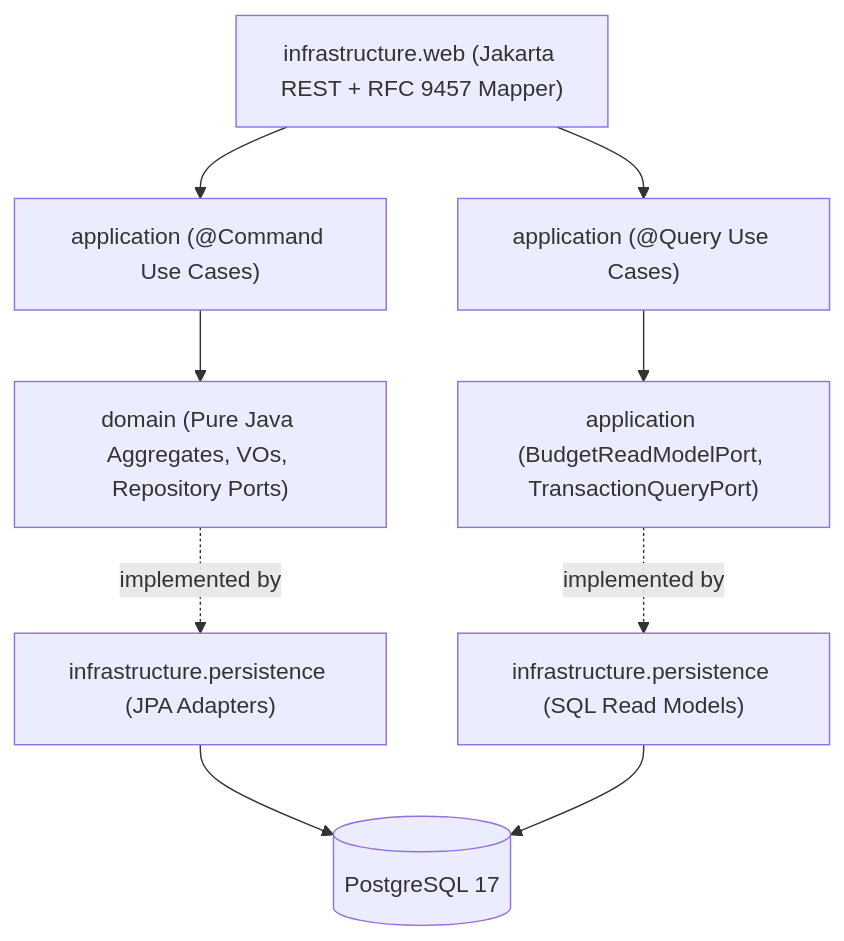
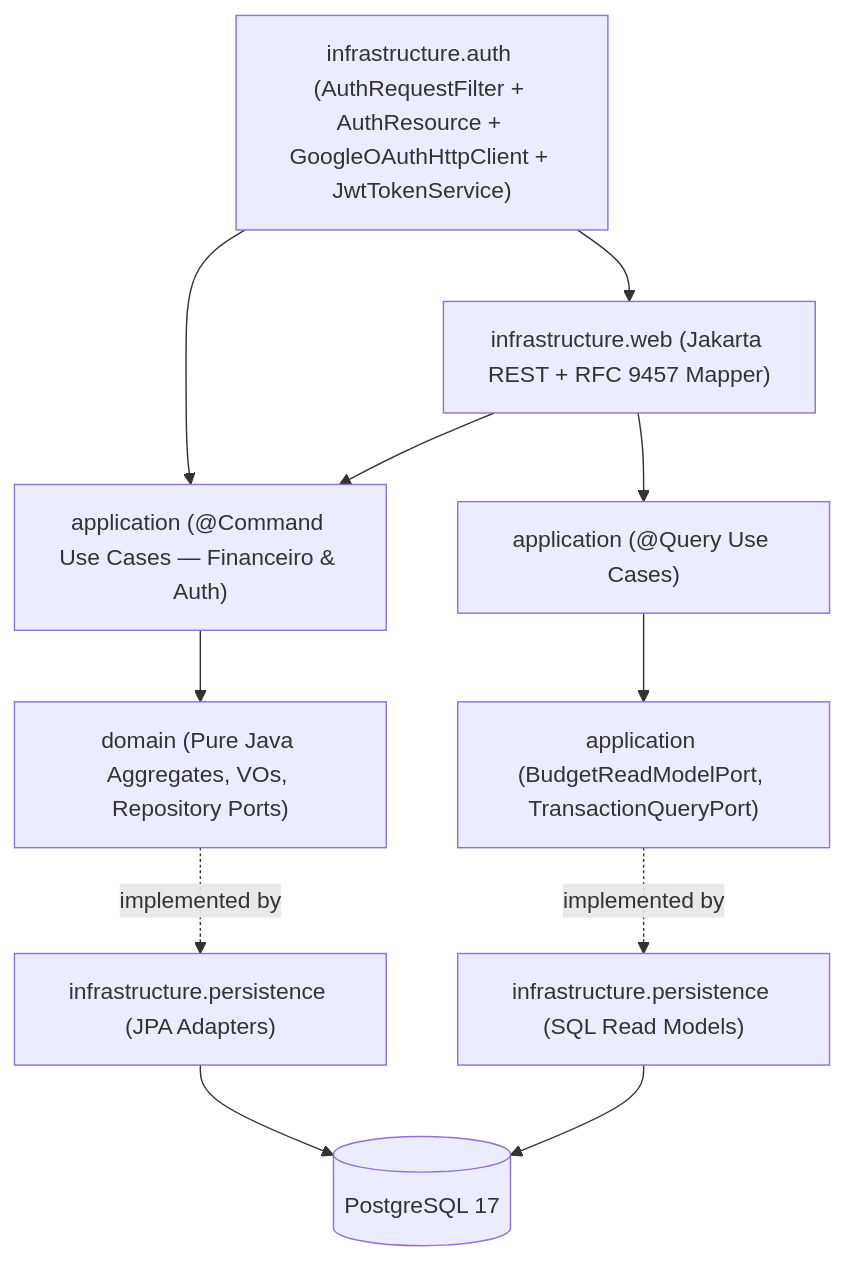
The third of 4 diagrams in docs/arquitetura-c4.md (tiaggofg/lumo-app), drawn with Mermaid before and after one commit. The commit also changed other lines of this file and 92 other files, not shown here.

First line of the commit message:
feat(auth): add Google OAuth 2.0 PKCE auth and sessions

````diff
--- a/docs/arquitetura-c4.md
+++ b/docs/arquitetura-c4.md
@@ -20,11 +21,13 @@
 ```mermaid
 flowchart TD
-  REST["infrastructure.web (Jakarta REST + RFC 9457 Mapper)"] --> CMD["application (@Command Use Cases)"]
+  FILTER["infrastructure.auth (AuthRequestFilter + AuthResource + GoogleOAuthHttpClient + JwtTokenService)"] --> REST["infrastructure.web (Jakarta REST + RFC 9457 Mapper)"]
+  FILTER --> CMD["application (@Command Use Cases — Financeiro & Auth)"]
+  REST --> CMD
   REST --> QRY["application (@Query Use Cases)"]
   CMD --> DOM["domain (Pure Java Aggregates, VOs, Repository Ports)"]
   QRY --> RMP["application (BudgetReadModelPort, TransactionQueryPort)"]
   DOM -.->|implemented by| JPA["infrastructure.persistence (JPA Adapters)"]
   RMP -.->|implemented by| SQL["infrastructure.persistence (SQL Read Models)"]
   JPA --> DB[("PostgreSQL 17")]
   SQL --> DB
 ```
````
